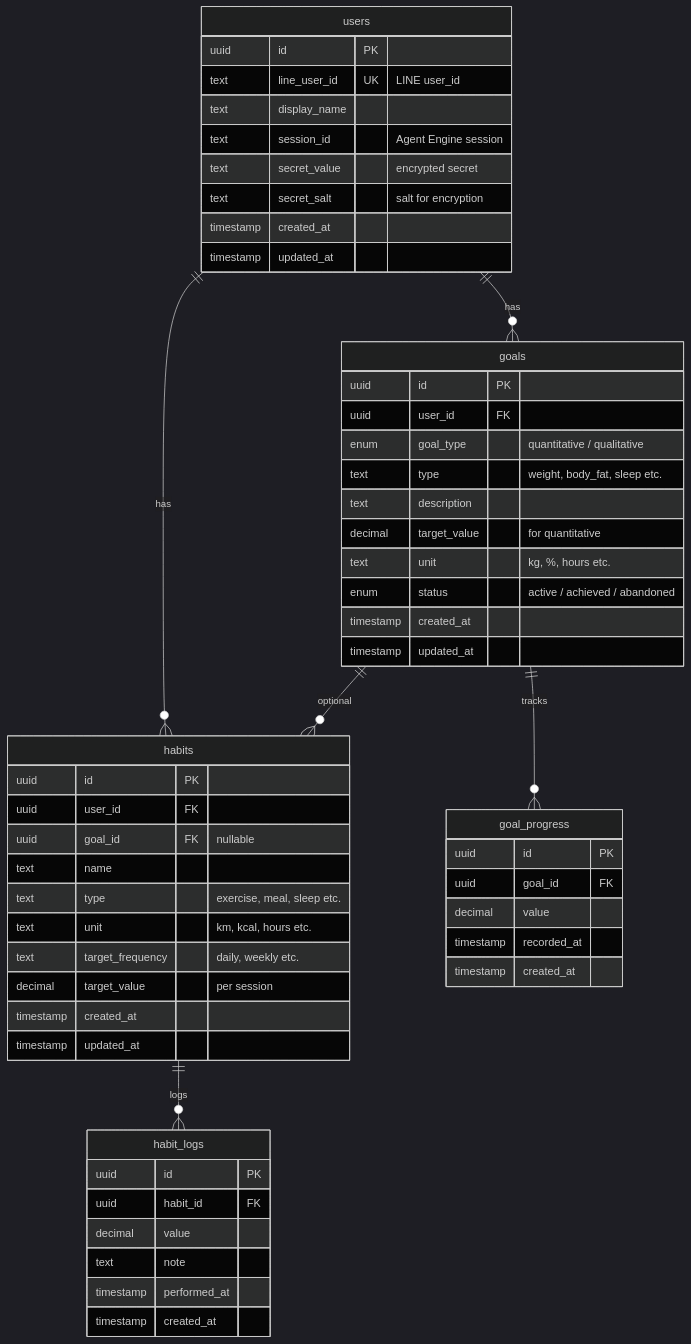
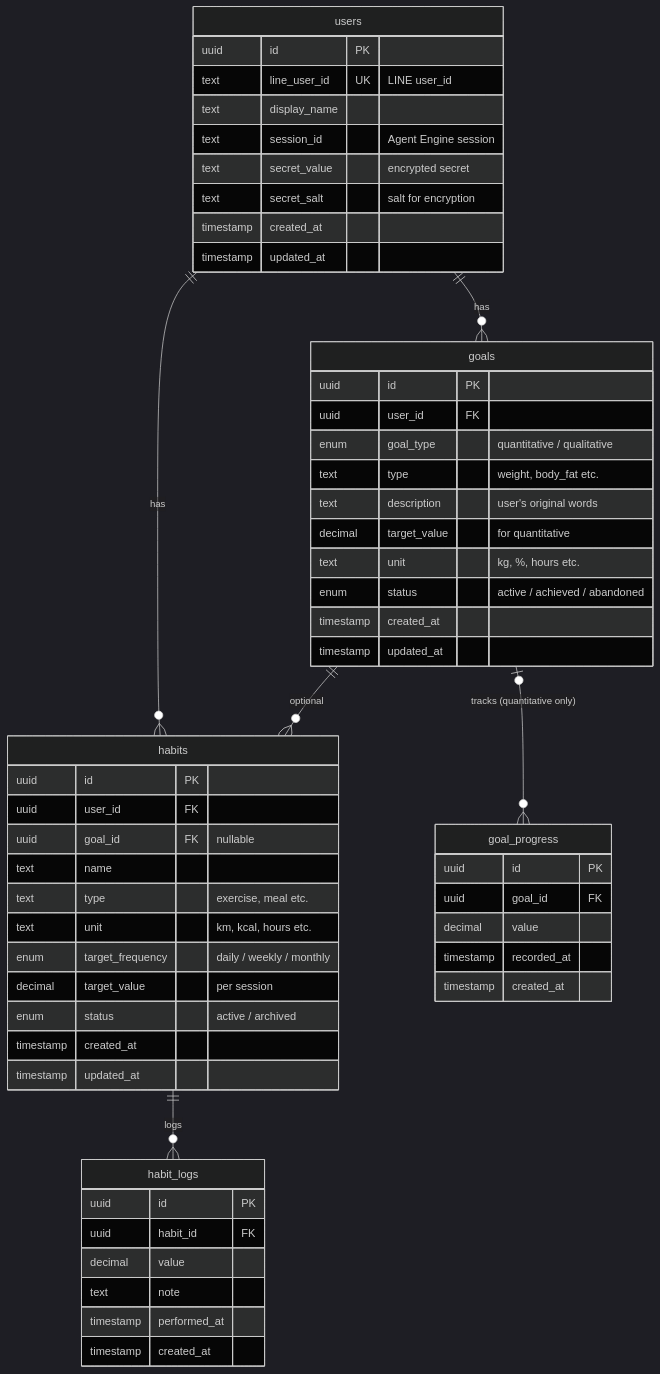
Before and after one commit to heyhey1028/aizap: the diagram in docs/database.md, drawn with Mermaid (dark theme). The commit also changed other lines of this file, not shown here.

````diff
--- a/docs/database.md
+++ b/docs/database.md
@@ -15,62 +15,63 @@
 ```mermaid
 erDiagram
     users ||--o{ goals : "has"
     users ||--o{ habits : "has"
-    goals ||--o{ goal_progress : "tracks"
+    goals |o--o{ goal_progress : "tracks (quantitative only)"
     goals ||--o{ habits : "optional"
     habits ||--o{ habit_logs : "logs"
 
     users {
         uuid id PK
         text line_user_id UK "LINE user_id"
         text display_name
         text session_id "Agent Engine session"
         text secret_value "encrypted secret"
         text secret_salt "salt for encryption"
         timestamp created_at
         timestamp updated_at
     }
 
     goals {
         uuid id PK
         uuid user_id FK
         enum goal_type "quantitative / qualitative"
-        text type "weight, body_fat, sleep etc."
-        text description
+        text type "weight, body_fat etc."
+        text description "user's original words"
         decimal target_value "for quantitative"
         text unit "kg, %, hours etc."
         enum status "active / achieved / abandoned"
         timestamp created_at
         timestamp updated_at
     }
 
     goal_progress {
         uuid id PK
         uuid goal_id FK
         decimal value
         timestamp recorded_at
         timestamp created_at
     }
 
     habits {
         uuid id PK
         uuid user_id FK
         uuid goal_id FK "nullable"
         text name
-        text type "exercise, meal, sleep etc."
+        text type "exercise, meal etc."
         text unit "km, kcal, hours etc."
-        text target_frequency "daily, weekly etc."
+        enum target_frequency "daily / weekly / monthly"
         decimal target_value "per session"
+        enum status "active / archived"
         timestamp created_at
         timestamp updated_at
     }
 
     habit_logs {
         uuid id PK
         uuid habit_id FK
         decimal value
         text note
         timestamp performed_at
         timestamp created_at
     }
 ```
````
